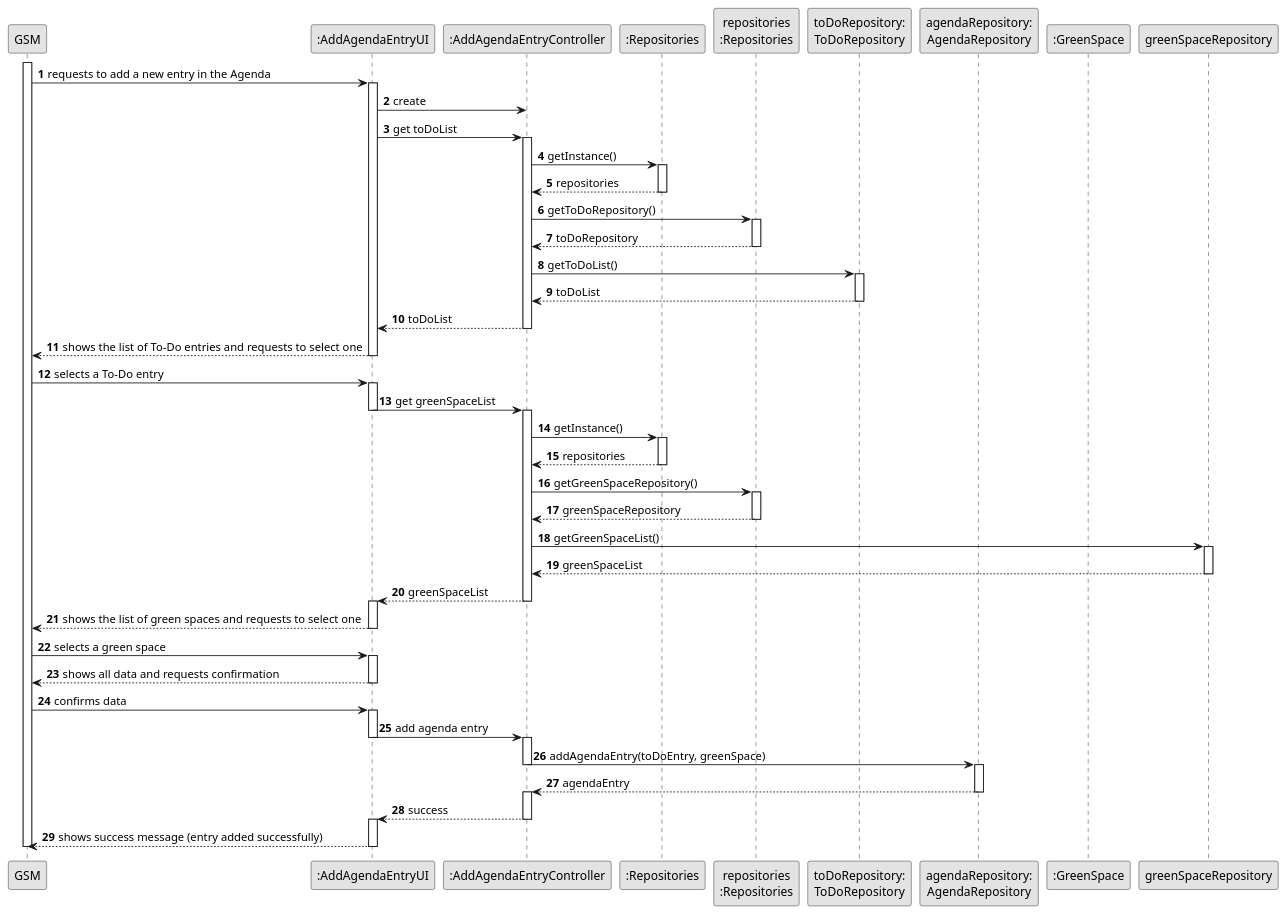
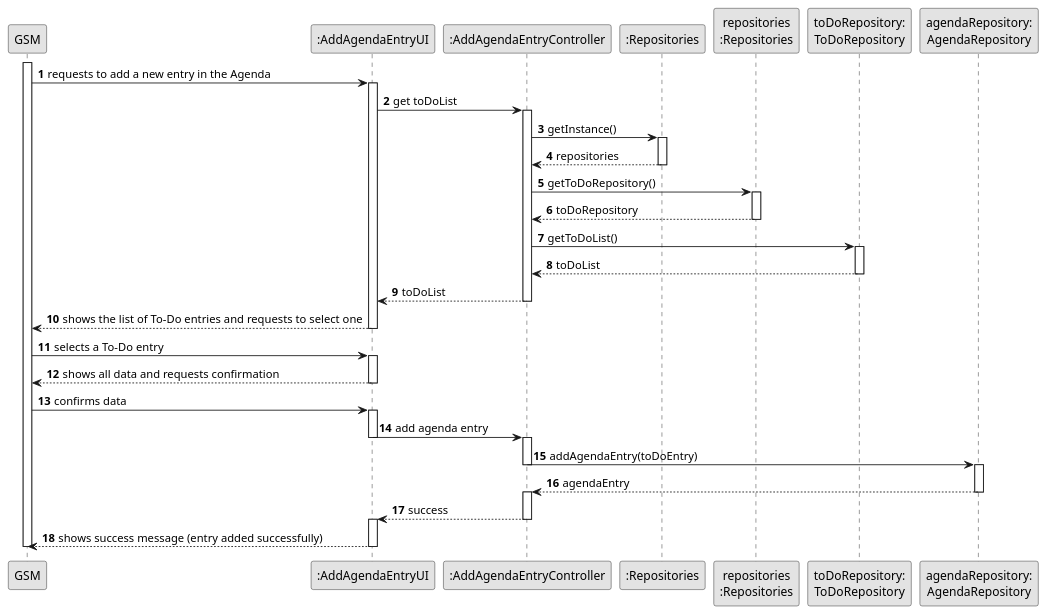
One commit to ricardomm7/leaflink changed the diagram in docs/sprintC/us022/03.design/puml/us022-sequence-diagram-full.puml. Above: the diagram before and after it, drawn with PlantUML. The commit also changed 1 other file, not shown here.

```diff
--- a/docs/sprintC/us022/03.design/puml/us022-sequence-diagram-full.puml
+++ b/docs/sprintC/us022/03.design/puml/us022-sequence-diagram-full.puml
@@ -1,101 +1,68 @@
 @startuml
 skinparam monochrome true
 skinparam packageStyle rectangle
 skinparam shadowing false
 
 autonumber
 
 participant "GSM" as GSM
 participant ":AddAgendaEntryUI" as UI
 participant ":AddAgendaEntryController" as CTRL
 participant ":Repositories" as GlobRepo
 participant "repositories\n:Repositories" as PLAT
 participant "toDoRepository:\nToDoRepository" as TODOREP
 participant "agendaRepository:\nAgendaRepository" as AGENDREP
-participant ":GreenSpace" as GS
 
 activate GSM
 GSM -> UI : requests to add a new entry in the Agenda
 activate UI
-UI -> CTRL : create
+
 
 UI -> CTRL: get toDoList
 activate CTRL
 
 CTRL -> GlobRepo : getInstance()
 activate GlobRepo
 GlobRepo --> CTRL : repositories
 deactivate GlobRepo
 CTRL -> PLAT : getToDoRepository()
 activate PLAT
 PLAT -->  CTRL: toDoRepository
 deactivate PLAT
 
 CTRL -> TODOREP : getToDoList()
 activate TODOREP
 TODOREP --> CTRL : toDoList
 deactivate TODOREP
 CTRL --> UI : toDoList
 deactivate CTRL
 UI --> GSM : shows the list of To-Do entries and requests to select one
 deactivate UI
 
 GSM -> UI : selects a To-Do entry
 activate UI
 
-UI -> CTRL : get greenSpaceList
-deactivate UI
-activate CTRL
-
-CTRL -> GlobRepo : getInstance()
-activate GlobRepo
-
-GlobRepo --> CTRL : repositories
-deactivate GlobRepo
-
-CTRL -> PLAT : getGreenSpaceRepository()
-activate PLAT
-
-PLAT -->  CTRL: greenSpaceRepository
-deactivate PLAT
-
-CTRL -> greenSpaceRepository : getGreenSpaceList()
-activate greenSpaceRepository
-
-greenSpaceRepository --> CTRL : greenSpaceList
-deactivate greenSpaceRepository
-
-CTRL --> UI : greenSpaceList
-deactivate CTRL
-activate UI
-
-UI --> GSM : shows the list of green spaces and requests to select one
-deactivate UI
-
-GSM -> UI : selects a green space
-activate UI
-
 UI --> GSM: shows all data and requests confirmation
 deactivate UI
 
 GSM -> UI: confirms data
 activate UI
 
 UI -> CTRL : add agenda entry
 deactivate UI
 activate CTRL
 
-CTRL -> AGENDREP : addAgendaEntry(toDoEntry, greenSpace)
+CTRL -> AGENDREP : addAgendaEntry(toDoEntry)
 deactivate CTRL
 
 activate AGENDREP
 AGENDREP --> CTRL : agendaEntry
 deactivate AGENDREP
 activate CTRL
 CTRL --> UI : success
 deactivate CTRL
 activate UI
 UI --> GSM : shows success message (entry added successfully)
 deactivate UI
 deactivate GSM
 @enduml
```
